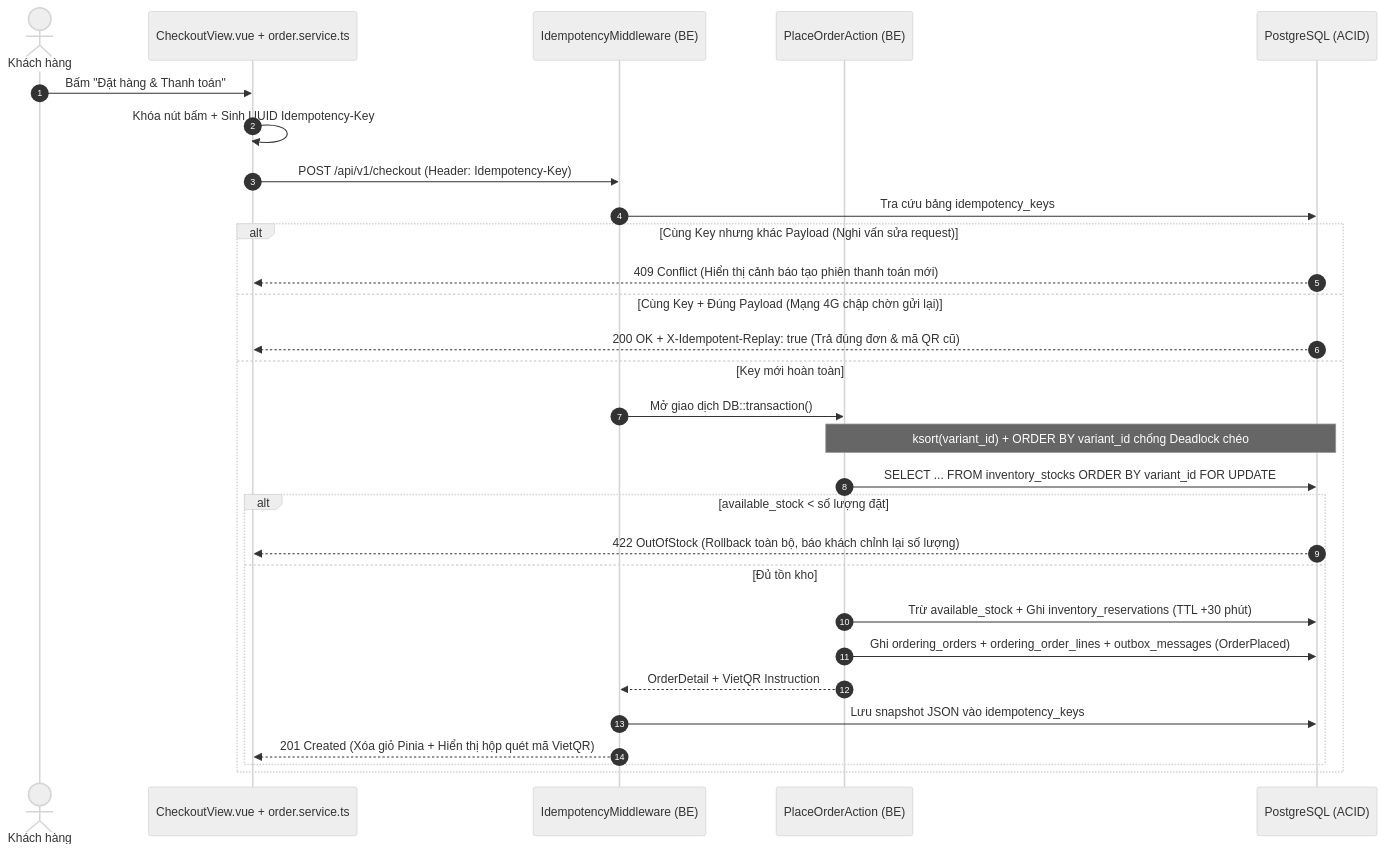
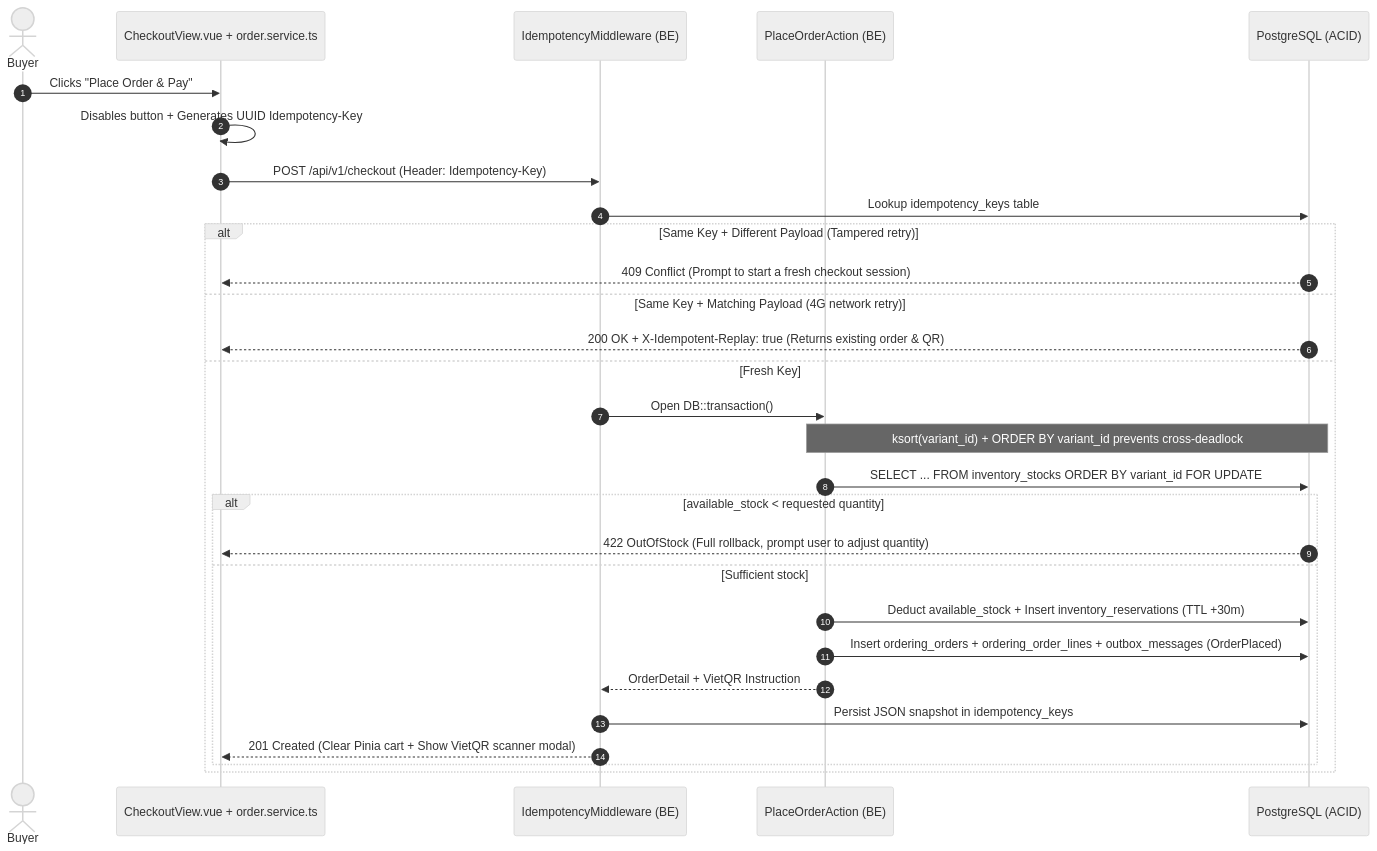
Before and after one commit to nguynbon03/VueLaravelProject: the third of 4 diagrams in docs/ARCHITECTURE.md, drawn with Mermaid (neutral theme). The commit also changed other lines of this file and 36 other files, not shown here.

````diff
--- a/docs/ARCHITECTURE.md
+++ b/docs/ARCHITECTURE.md
@@ -117,32 +128,32 @@
 ```mermaid
 sequenceDiagram
     autonumber
-    actor Buyer as Khách hàng
+    actor Buyer as Buyer
     participant Vue as CheckoutView.vue + order.service.ts
     participant Idem as IdempotencyMiddleware (BE)
     participant Place as PlaceOrderAction (BE)
     participant DB as PostgreSQL (ACID)
 
-    Buyer->>Vue: Bấm "Đặt hàng & Thanh toán"
-    Vue->>Vue: Khóa nút bấm + Sinh UUID Idempotency-Key
+    Buyer->>Vue: Clicks "Place Order & Pay"
+    Vue->>Vue: Disables button + Generates UUID Idempotency-Key
     Vue->>Idem: POST /api/v1/checkout (Header: Idempotency-Key)
-    Idem->>DB: Tra cứu bảng idempotency_keys
-    alt Cùng Key nhưng khác Payload (Nghi vấn sửa request)
-        DB-->>Vue: 409 Conflict (Hiển thị cảnh báo tạo phiên thanh toán mới)
-    else Cùng Key + Đúng Payload (Mạng 4G chập chờn gửi lại)
-        DB-->>Vue: 200 OK + X-Idempotent-Replay: true (Trả đúng đơn & mã QR cũ)
-    else Key mới hoàn toàn
-        Idem->>Place: Mở giao dịch DB::transaction()
-        Note over Place,DB: ksort(variant_id) + ORDER BY variant_id chống Deadlock chéo
+    Idem->>DB: Lookup idempotency_keys table
+    alt Same Key + Different Payload (Tampered retry)
+        DB-->>Vue: 409 Conflict (Prompt to start a fresh checkout session)
+    else Same Key + Matching Payload (4G network retry)
+        DB-->>Vue: 200 OK + X-Idempotent-Replay: true (Returns existing order & QR)
+    else Fresh Key
+        Idem->>Place: Open DB::transaction()
+        Note over Place,DB: ksort(variant_id) + ORDER BY variant_id prevents cross-deadlock
         Place->>DB: SELECT ... FROM inventory_stocks ORDER BY variant_id FOR UPDATE
-        alt available_stock < số lượng đặt
-            DB-->>Vue: 422 OutOfStock (Rollback toàn bộ, báo khách chỉnh lại số lượng)
-        else Đủ tồn kho
-            Place->>DB: Trừ available_stock + Ghi inventory_reservations (TTL +30 phút)
-            Place->>DB: Ghi ordering_orders + ordering_order_lines + outbox_messages (OrderPlaced)
+        alt available_stock < requested quantity
+            DB-->>Vue: 422 OutOfStock (Full rollback, prompt user to adjust quantity)
+        else Sufficient stock
+            Place->>DB: Deduct available_stock + Insert inventory_reservations (TTL +30m)
+            Place->>DB: Insert ordering_orders + ordering_order_lines + outbox_messages (OrderPlaced)
             Place-->>Idem: OrderDetail + VietQR Instruction
-            Idem->>DB: Lưu snapshot JSON vào idempotency_keys
-            Idem-->>Vue: 201 Created (Xóa giỏ Pinia + Hiển thị hộp quét mã VietQR)
+            Idem->>DB: Persist JSON snapshot in idempotency_keys
+            Idem-->>Vue: 201 Created (Clear Pinia cart + Show VietQR scanner modal)
         end
     end
 ```
````
